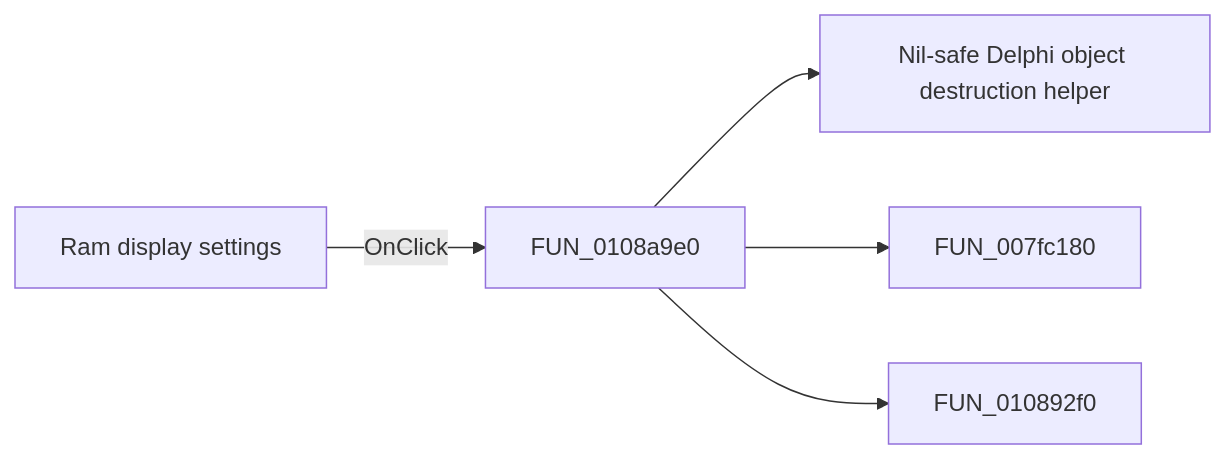
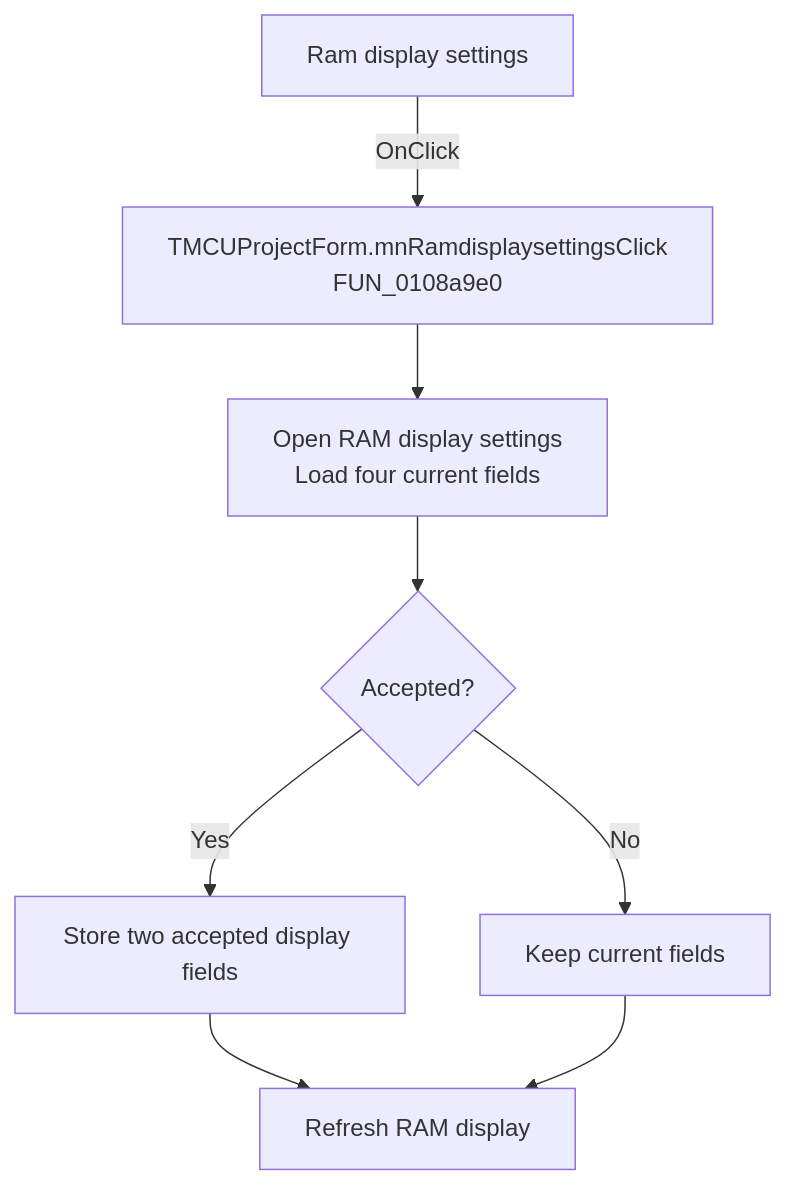
The diagram in docs/ui-controls/mcuprojectform/mnramdisplaysettings-98d8a4eab0.md (MovGP0/TIARA), drawn with Mermaid before and after one commit. The commit also changed other lines of this file and 1062 other files, not shown here.

````diff
--- a/docs/ui-controls/mcuprojectform/mnramdisplaysettings-98d8a4eab0.md
+++ b/docs/ui-controls/mcuprojectform/mnramdisplaysettings-98d8a4eab0.md
@@ -27,7 +27,10 @@
 ```mermaid
-flowchart LR
-    control["Ram display settings"] -->|OnClick| handler["FUN_0108a9e0"]
-    handler --> call1["Nil-safe Delphi object destruction helper"]
-    handler --> call2["FUN_007fc180"]
-    handler --> call3["FUN_010892f0"]
+flowchart TD
+    control["Ram display settings"] -->|OnClick| handler["TMCUProjectForm.mnRamdisplaysettingsClick<br/>FUN_0108a9e0"]
+    handler --> dialog["Open RAM display settings<br/>Load four current fields"]
+    dialog --> accepted{"Accepted?"}
+    accepted -->|Yes| store["Store two accepted display fields"]
+    accepted -->|No| keep["Keep current fields"]
+    store --> refresh["Refresh RAM display"]
+    keep --> refresh
 ```
````
